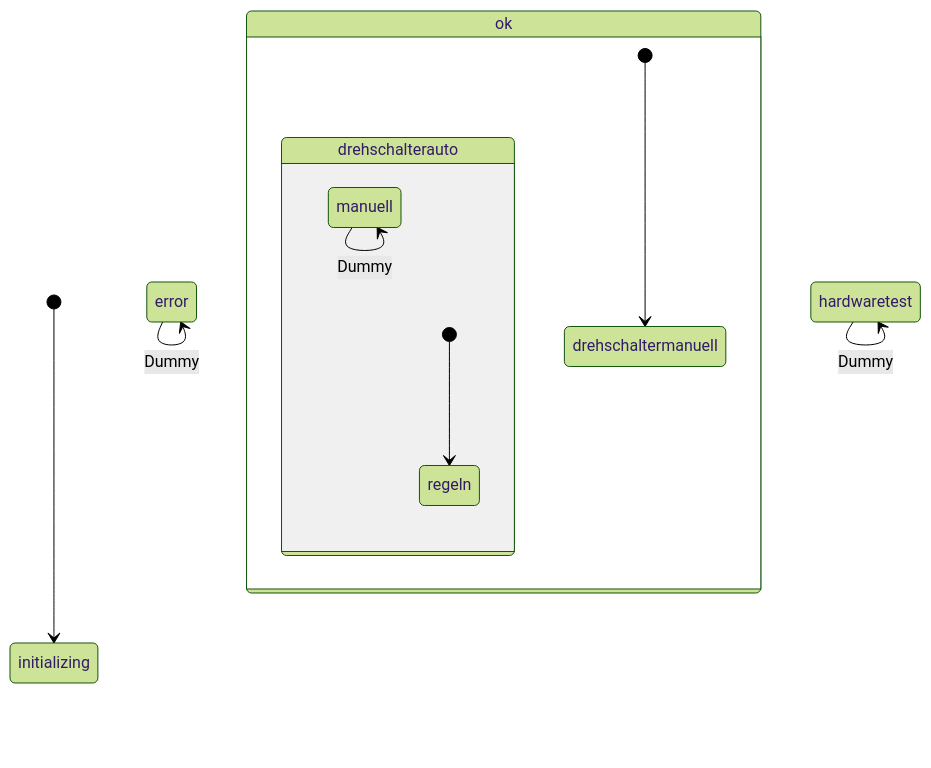
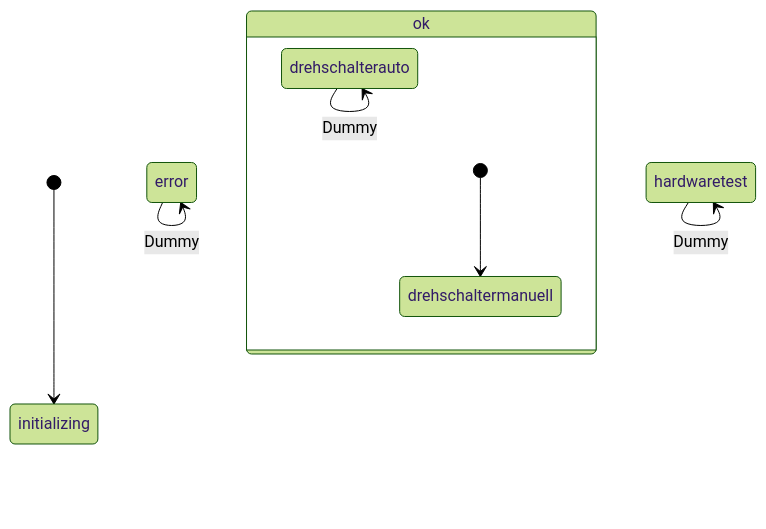
Before and after one commit to petermaerki/puenterswis_heizung_2023_git: the diagram in software/software-zentral/log/statemachine_HsmZentral.md, drawn with Mermaid (forest theme). The commit also changed 6 other files, not shown here.

Commit message:
Remove state_ok_drehschalterauto_manuell|regeln

````diff
--- a/software/software-zentral/log/statemachine_HsmZentral.md
+++ b/software/software-zentral/log/statemachine_HsmZentral.md
@@ -1,34 +1,27 @@
 ```mermaid
 stateDiagram-v2
     error: error
     state error
     error --> error: Dummy
 
     hardwaretest: hardwaretest
     state hardwaretest
     hardwaretest --> hardwaretest: Dummy
 
     initializing: initializing
     state initializing
 
     ok: ok
     state ok {
         ok_drehschalterauto: drehschalterauto
-        state ok_drehschalterauto {
-            ok_drehschalterauto_manuell: manuell
-            state ok_drehschalterauto_manuell
-            ok_drehschalterauto_manuell --> ok_drehschalterauto_manuell: Dummy
-
-            ok_drehschalterauto_regeln: regeln
-            state ok_drehschalterauto_regeln
-            [*] --> ok_drehschalterauto_regeln
-        }
+        state ok_drehschalterauto
+        ok_drehschalterauto --> ok_drehschalterauto: Dummy
 
         ok_drehschaltermanuell: drehschaltermanuell
         state ok_drehschaltermanuell
         [*] --> ok_drehschaltermanuell
     }
     [*] --> initializing
 
     %% Transitions
 ```
````
